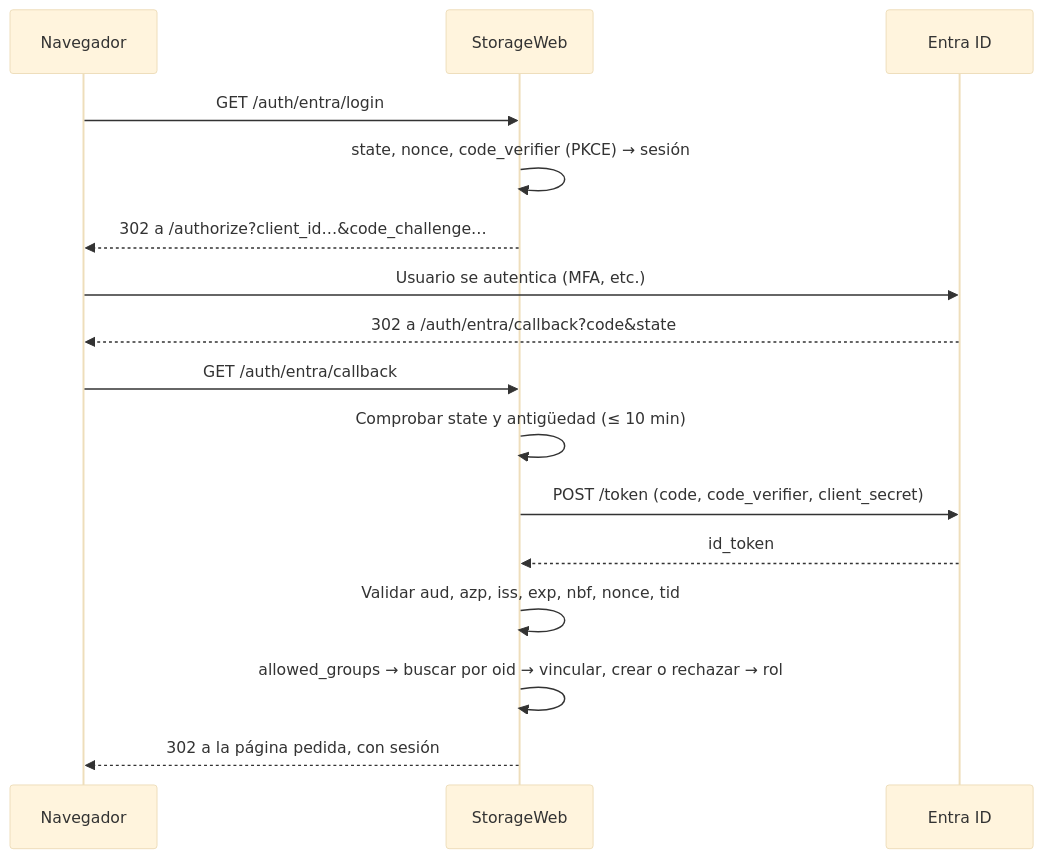
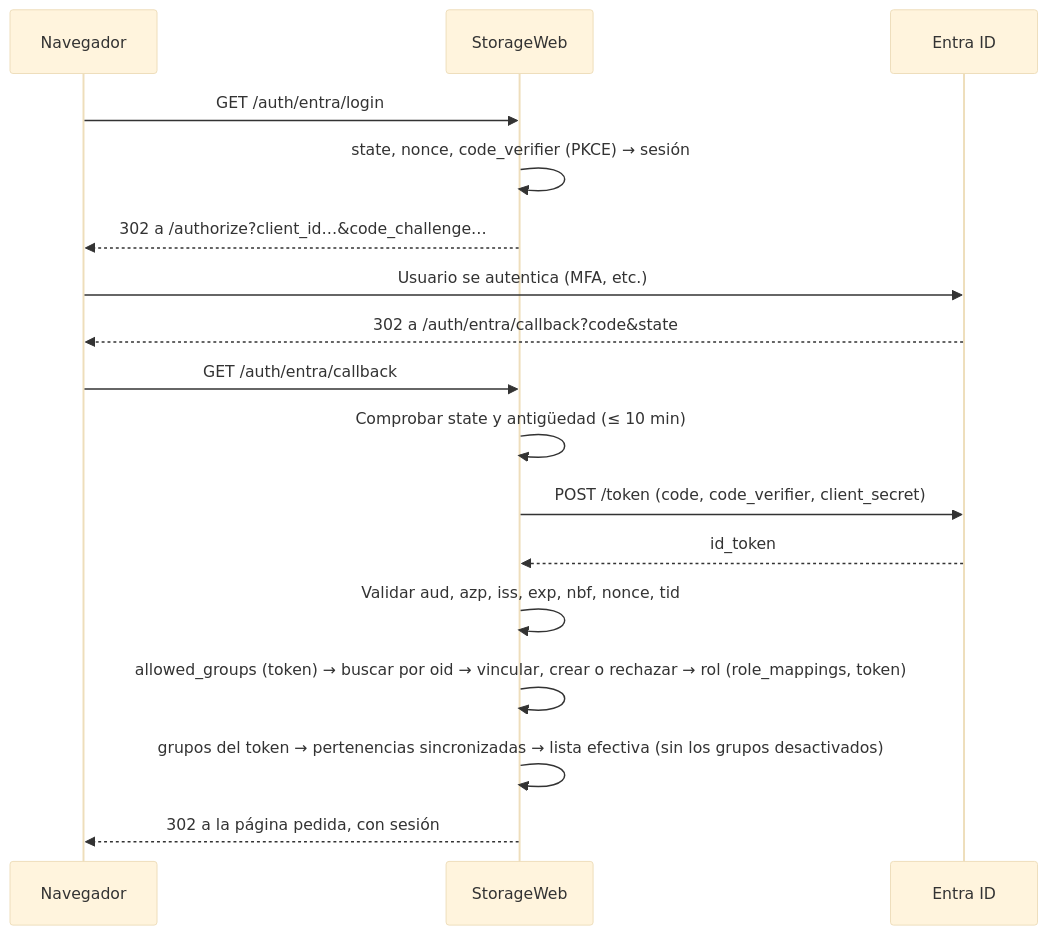
Before and after one commit to vsc55/StorageWeb: the second of 4 diagrams in docs/arquitectura/flujos.md, drawn with Mermaid (base theme). The commit also changed other lines of this file and 97 other files, not shown here.

````diff
--- a/docs/arquitectura/flujos.md
+++ b/docs/arquitectura/flujos.md
@@ -25,18 +25,19 @@
 ```mermaid
 sequenceDiagram
     participant N as Navegador
     participant S as StorageWeb
     participant E as Entra ID
     N->>S: GET /auth/entra/login
     S->>S: state, nonce, code_verifier (PKCE) → sesión
     S-->>N: 302 a /authorize?client_id…&code_challenge…
     N->>E: Usuario se autentica (MFA, etc.)
     E-->>N: 302 a /auth/entra/callback?code&state
     N->>S: GET /auth/entra/callback
     S->>S: Comprobar state y antigüedad (≤ 10 min)
     S->>E: POST /token (code, code_verifier, client_secret)
     E-->>S: id_token
     S->>S: Validar aud, azp, iss, exp, nbf, nonce, tid
-    S->>S: allowed_groups → buscar por oid → vincular, crear o rechazar → rol
+    S->>S: allowed_groups (token) → buscar por oid → vincular, crear o rechazar → rol (role_mappings, token)
+    S->>S: grupos del token → pertenencias sincronizadas → lista efectiva (sin los grupos desactivados)
     S-->>N: 302 a la página pedida, con sesión
 ```
````
